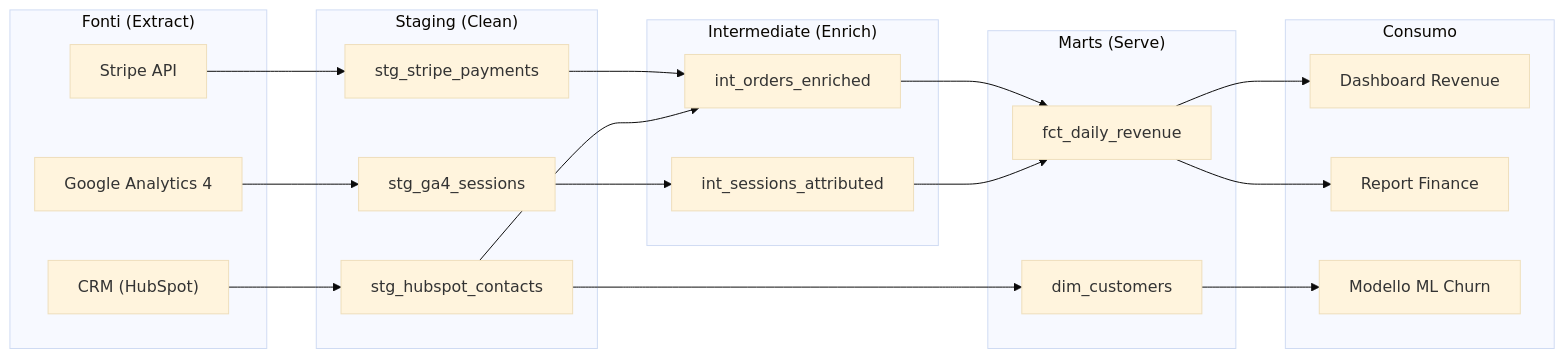
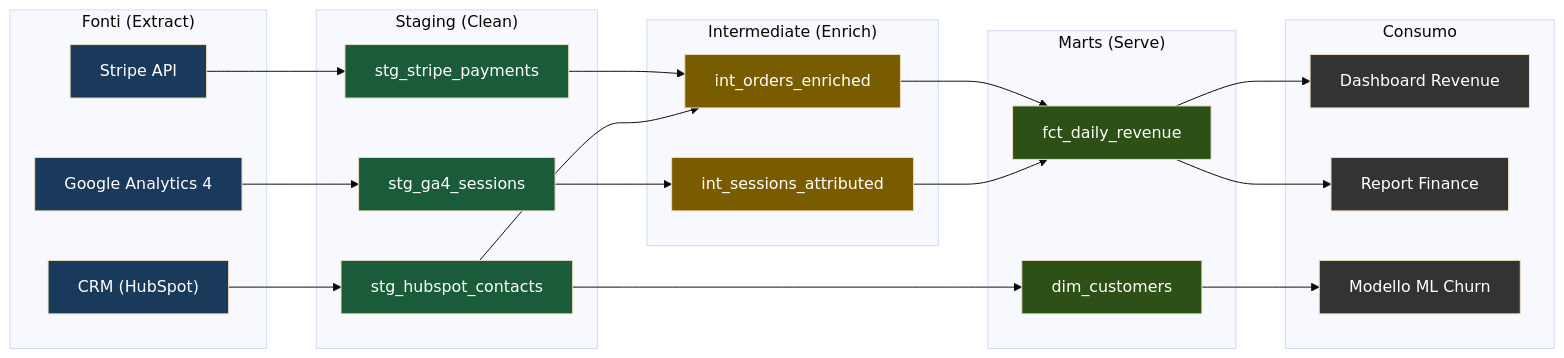
The second of 4 diagrams in src/content/corso/infrastructure-ops/documentation.mdx (AndreyBertasini/gynnitech), drawn with Mermaid (base theme) before and after one commit. The commit also changed 21 other files, not shown here.

First line of the commit message:
style: applica color scheme semantico a tutti i diagrammi Mermaid del corso

````diff
--- a/src/content/corso/infrastructure-ops/documentation.mdx
+++ b/src/content/corso/infrastructure-ops/documentation.mdx
@@ -178,43 +178,56 @@
 ```mermaid
 flowchart LR
     subgraph "Fonti (Extract)"
         S1["Stripe API"]
         S2["Google Analytics 4"]
         S3["CRM (HubSpot)"]
     end
 
     subgraph "Staging (Clean)"
         ST1["stg_stripe_payments"]
         ST2["stg_ga4_sessions"]
         ST3["stg_hubspot_contacts"]
     end
 
     subgraph "Intermediate (Enrich)"
         INT1["int_orders_enriched"]
         INT2["int_sessions_attributed"]
     end
 
     subgraph "Marts (Serve)"
         M1["fct_daily_revenue"]
         M2["dim_customers"]
     end
 
     subgraph "Consumo"
         D1["Dashboard Revenue"]
         D2["Report Finance"]
         D3["Modello ML Churn"]
     end
 
     S1 --> ST1
     S2 --> ST2
     S3 --> ST3
     ST1 --> INT1
     ST2 --> INT2
     ST3 --> INT1
     ST3 --> M2
     INT1 --> M1
     INT2 --> M1
     M1 --> D1
     M1 --> D2
     M2 --> D3
+    style S1 fill:#1a3a5c,color:#ffffff
+    style S2 fill:#1a3a5c,color:#ffffff
+    style S3 fill:#1a3a5c,color:#ffffff
+    style ST1 fill:#1a5c3a,color:#ffffff
+    style ST2 fill:#1a5c3a,color:#ffffff
+    style ST3 fill:#1a5c3a,color:#ffffff
+    style INT1 fill:#7a5c00,color:#ffffff
+    style INT2 fill:#7a5c00,color:#ffffff
+    style M1 fill:#2d5016,color:#ffffff
+    style M2 fill:#2d5016,color:#ffffff
+    style D1 fill:#333333,color:#ffffff
+    style D2 fill:#333333,color:#ffffff
+    style D3 fill:#333333,color:#ffffff
 ```
````
